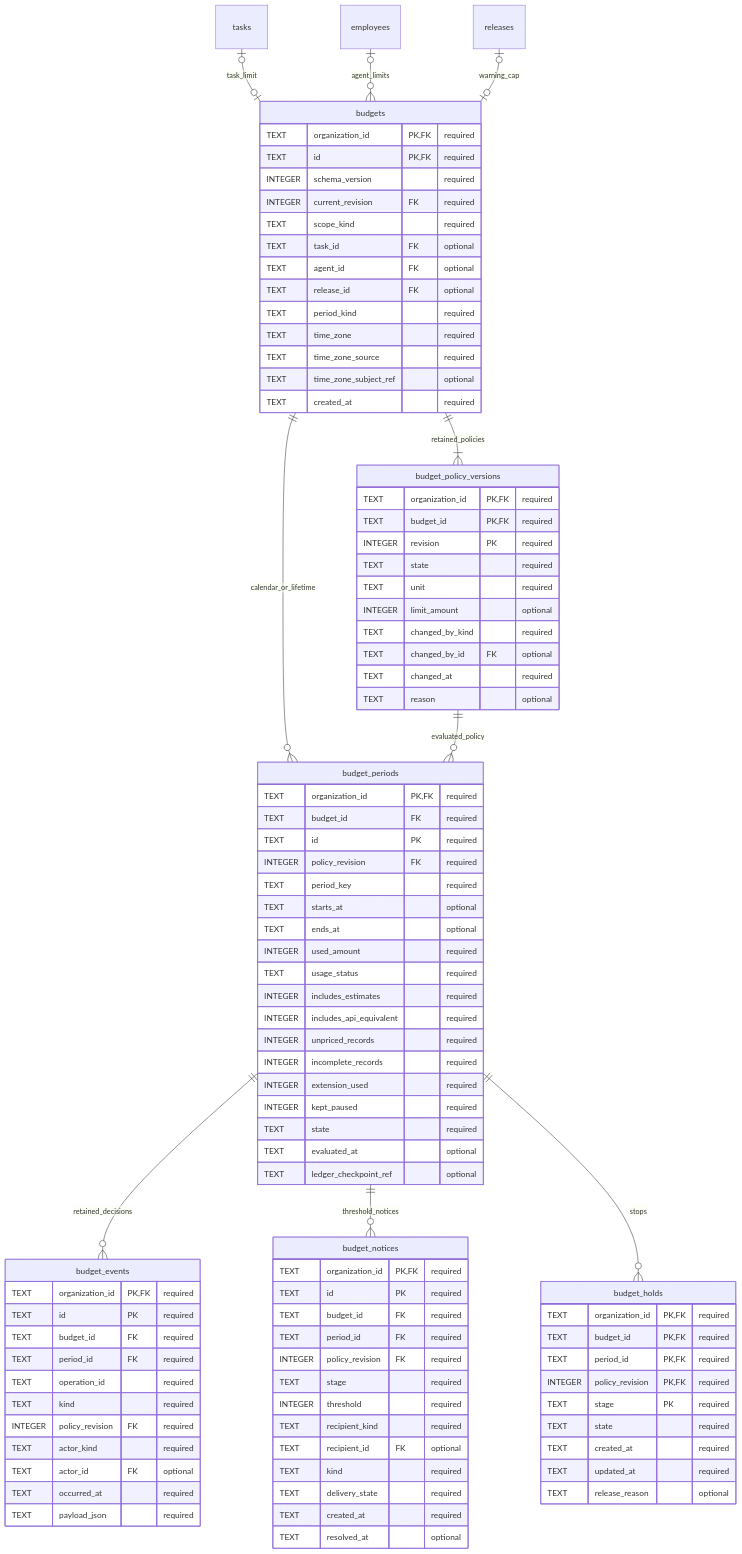
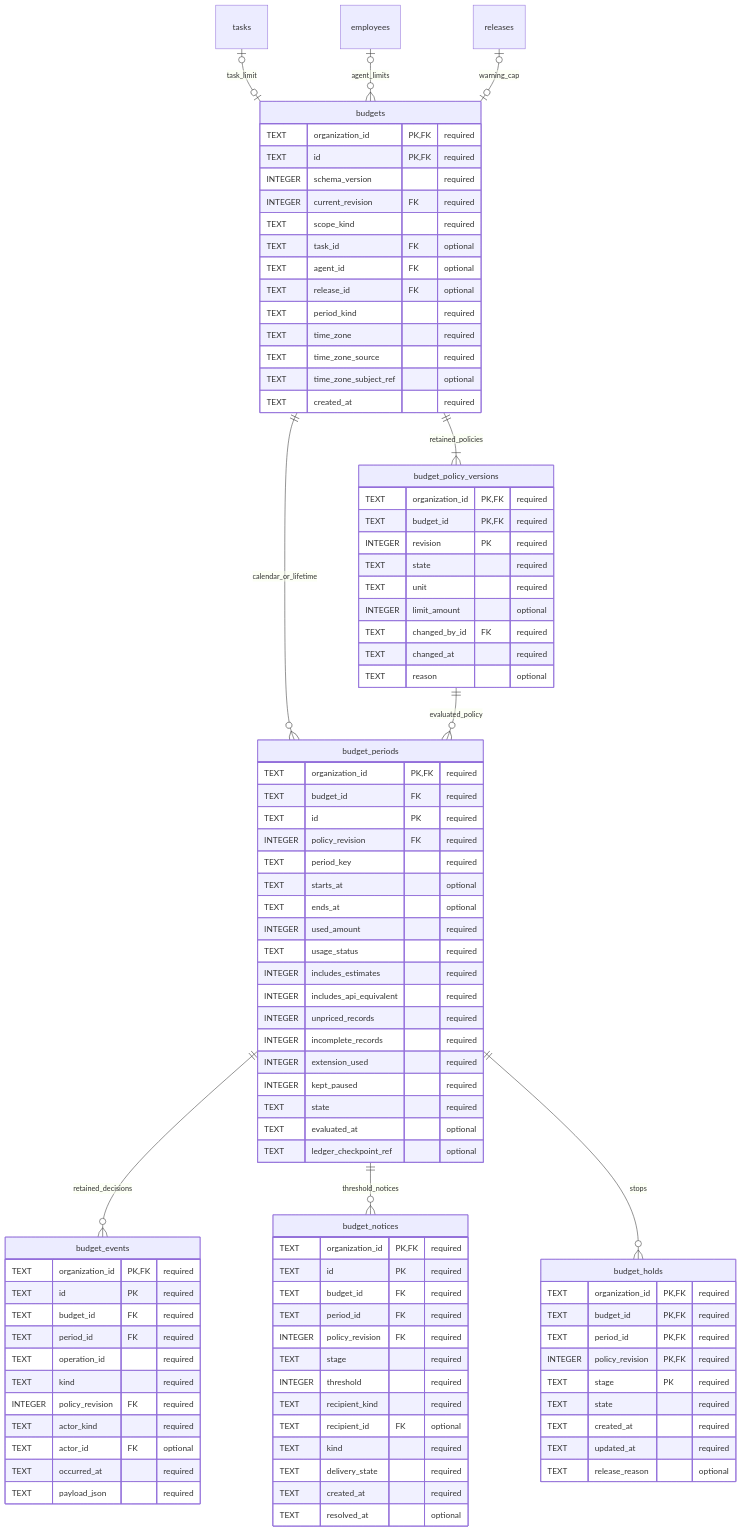
Before and after one commit to vgmello/agentic-org: the diagram in docs/design/organization-data/17-budgets-and-controls.md, drawn with Mermaid. The commit also changed other lines of this file and 16 other files, not shown here.

```diff
--- a/docs/design/organization-data/17-budgets-and-controls.md
+++ b/docs/design/organization-data/17-budgets-and-controls.md
@@ -290,8 +287,7 @@
         TEXT state "required"
         TEXT unit "required"
         INTEGER limit_amount "optional"
-        TEXT changed_by_kind "required"
-        TEXT changed_by_id FK "optional"
+        TEXT changed_by_id FK "required"
         TEXT changed_at "required"
         TEXT reason "optional"
     }
```
